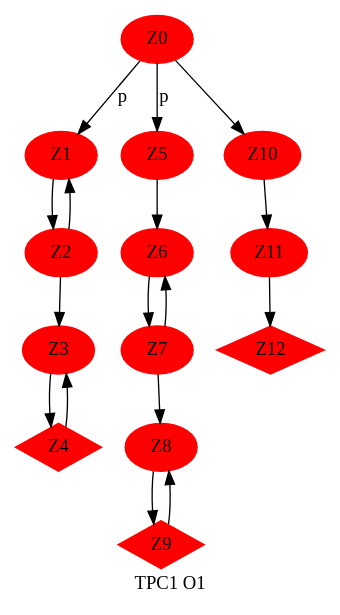
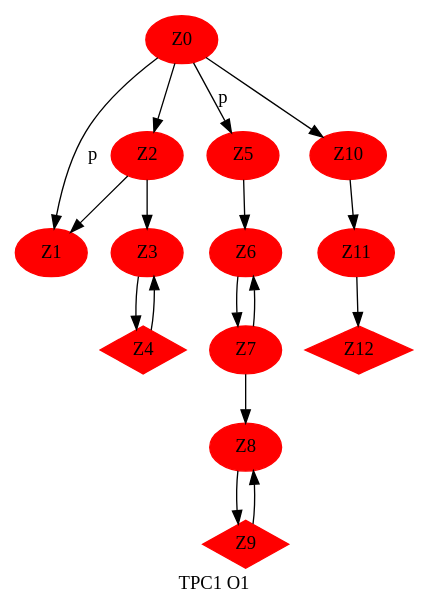
Before and after one commit to sidner/DotToDot: the diagram in dot2dot/bin/texto2.dot, drawn with Graphviz. The commit also changed 13 other files, not shown here.

```diff
--- a/dot2dot/bin/texto2.dot
+++ b/dot2dot/bin/texto2.dot
@@ -1,15 +1,15 @@
 digraph tpc1 {
                node [style=filled,color=red];
                Z0 ->Z1 [label= "p"];
-               Z1 -> Z2 -> Z3 -> Z4;
+               Z0:Z1 -> Z2 -> Z3 -> Z4;
                Z2 -> Z1; Z4 -> Z3;
                Z0 -> Z5 [label="p"];
                Z5 -> Z6 -> Z7 ->Z8 -> Z9;
                Z7 -> Z6; Z9 -> Z8;
                Z0 -> Z10 -> Z11 -> Z12;
                label = "TPC1 O1"
        
        Z4[shape=Mdiamond]
        Z9[shape=Mdiamond]
        Z12[shape=Mdiamond]
 }
```
